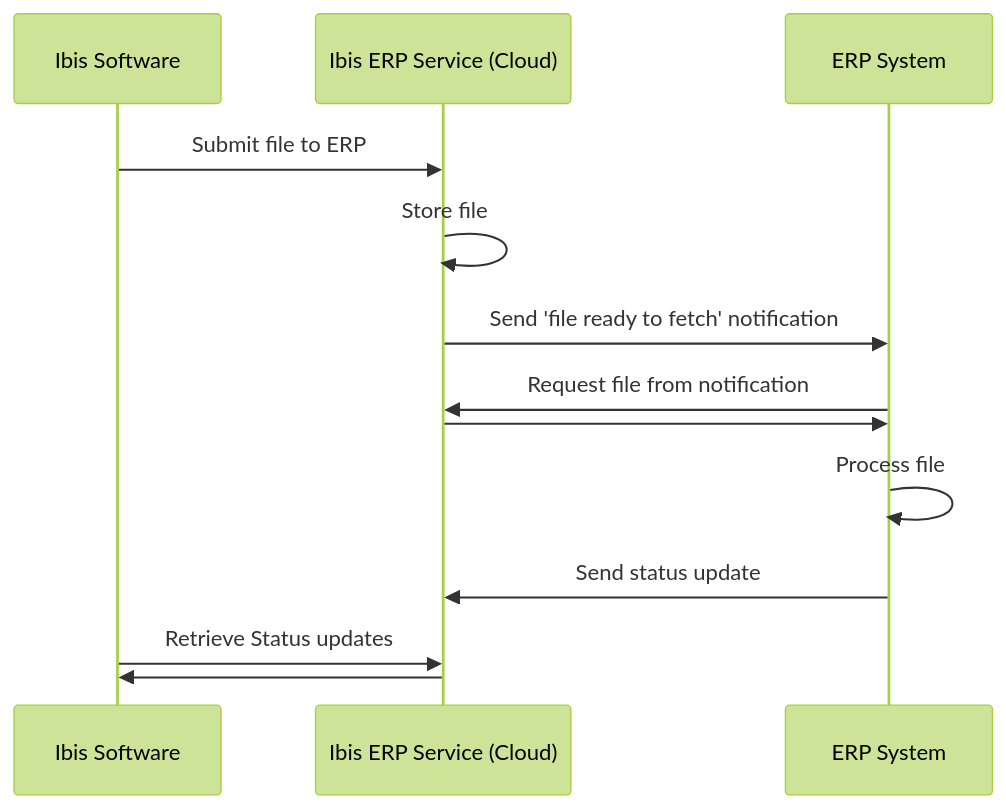
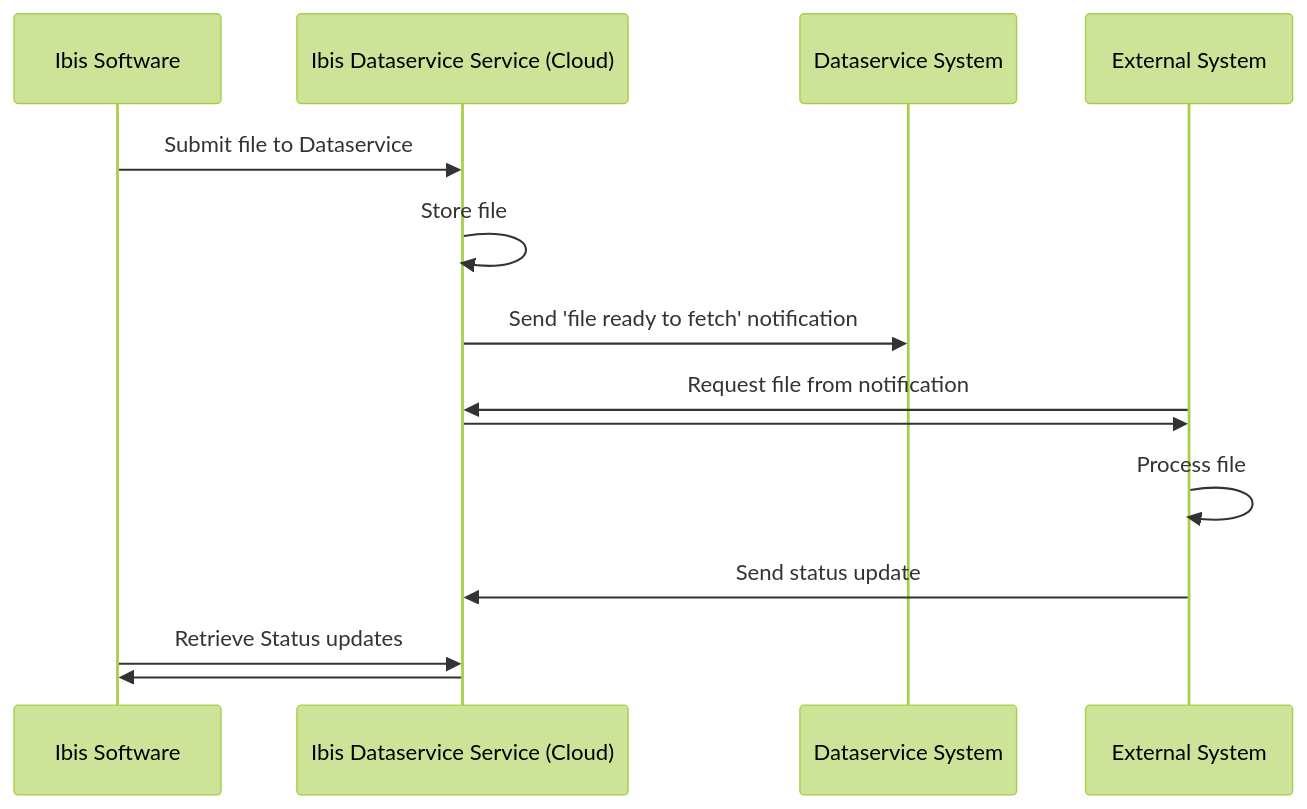
Before and after one commit to Brink-Software/Ibis.Dataservice.Demo: the diagram in README.md, drawn with Mermaid (forest theme). The commit also changed other lines of this file, not shown here.

````diff
--- a/README.md
+++ b/README.md
@@ -12,12 +12,12 @@
 ```mermaid
 sequenceDiagram
-  Ibis Software->>Ibis ERP Service (Cloud): Submit file to ERP
-  Ibis ERP Service (Cloud)->>Ibis ERP Service (Cloud): Store file
-  Ibis ERP Service (Cloud)->>ERP System:Send 'file ready to fetch' notification
-  ERP System->>Ibis ERP Service (Cloud): Request file from notification
-  Ibis ERP Service (Cloud)->>ERP System: 
-  ERP System->>ERP System: Process file
-  ERP System->>Ibis ERP Service (Cloud): Send status update
-  Ibis Software ->> Ibis ERP Service (Cloud): Retrieve Status updates
-  Ibis ERP Service (Cloud) ->> Ibis Software: 
+  Ibis Software->>Ibis Dataservice Service (Cloud): Submit file to Dataservice
+  Ibis Dataservice Service (Cloud)->>Ibis Dataservice Service (Cloud): Store file
+  Ibis Dataservice Service (Cloud)->>Dataservice System:Send 'file ready to fetch' notification
+  External System->>Ibis Dataservice Service (Cloud): Request file from notification
+  Ibis Dataservice Service (Cloud)->>External System: 
+  External System->>External System: Process file
+  External System->>Ibis Dataservice Service (Cloud): Send status update
+  Ibis Software ->> Ibis Dataservice Service (Cloud): Retrieve Status updates
+  Ibis Dataservice Service (Cloud) ->> Ibis Software: 
 ```
````
